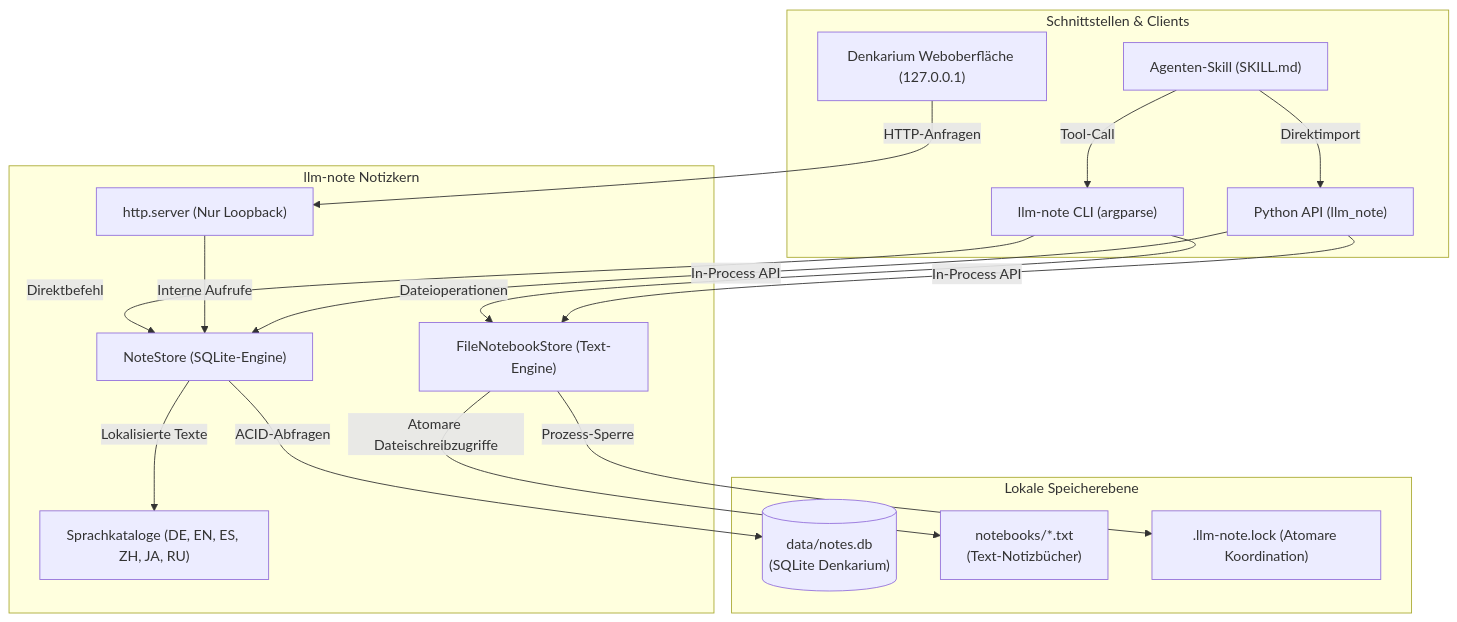
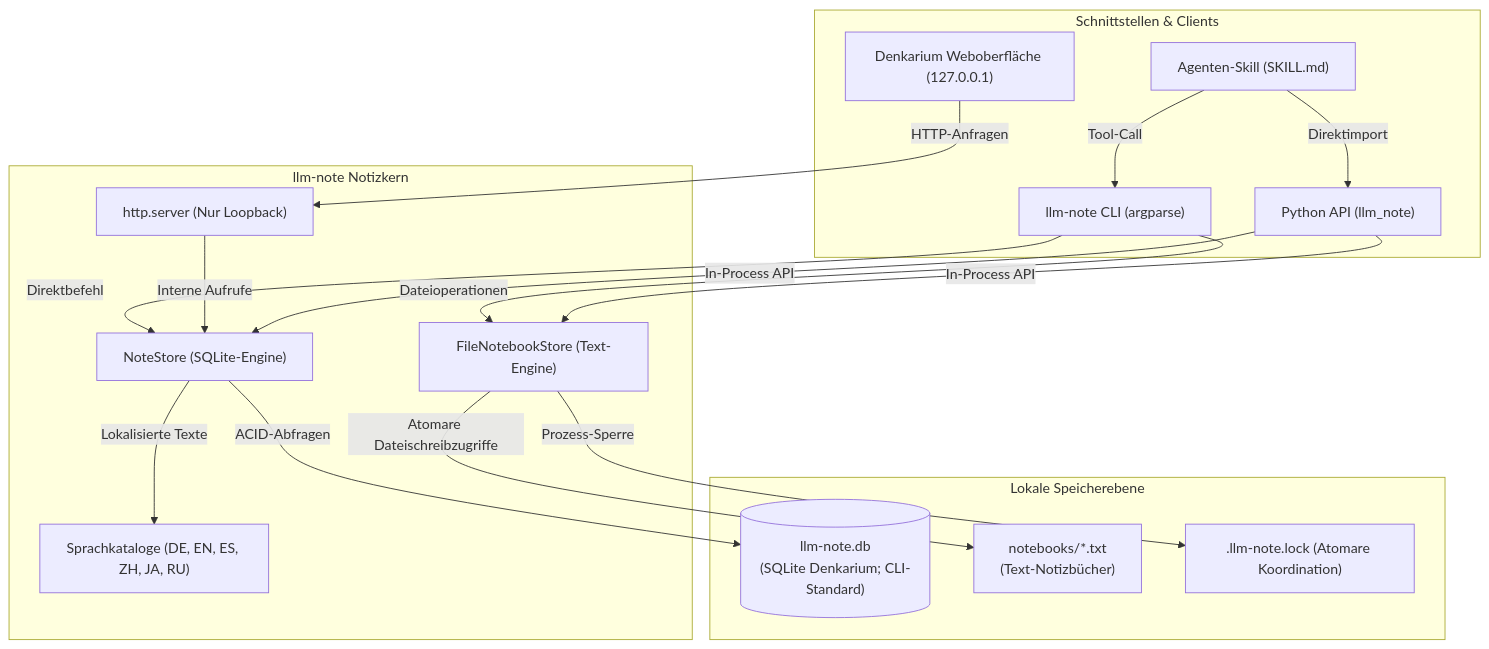
One commit to doc-bricks/llm-note changed the first of 2 diagrams in README_de.md. Above: the diagram before and after it, drawn with Mermaid. The commit also changed other lines of this file and 14 other files, not shown here.

````diff
--- a/README_de.md
+++ b/README_de.md
@@ -99,36 +94,36 @@
 ```mermaid
 graph TD
     subgraph Clients["Schnittstellen & Clients"]
         CLI["llm-note CLI (argparse)"]
         GUI["Denkarium Weboberfläche (127.0.0.1)"]
         PyAPI["Python API (llm_note)"]
         Skill["Agenten-Skill (SKILL.md)"]
     end
 
     subgraph CoreEngine["llm-note Notizkern"]
         NoteStore["NoteStore (SQLite-Engine)"]
         FileStore["FileNotebookStore (Text-Engine)"]
         HTTP["http.server (Nur Loopback)"]
         I18N["Sprachkataloge (DE, EN, ES, ZH, JA, RU)"]
     end
 
     subgraph LocalStorage["Lokale Speicherebene"]
-        DB[("data/notes.db<br/>(SQLite Denkarium)")]
+        DB[("llm-note.db<br/>(SQLite Denkarium; CLI-Standard)")]
         Notebooks["notebooks/*.txt<br/>(Text-Notizbücher)"]
         LockFile[".llm-note.lock (Atomare Koordination)"]
     end
 
     CLI -->|"Direktbefehl"| NoteStore
     CLI -->|"Dateioperationen"| FileStore
     GUI -->|"HTTP-Anfragen"| HTTP
     HTTP -->|"Interne Aufrufe"| NoteStore
     PyAPI -->|"In-Process API"| NoteStore
     PyAPI -->|"In-Process API"| FileStore
     Skill -->|"Tool-Call"| CLI
     Skill -->|"Direktimport"| PyAPI
 
     NoteStore -->|"ACID-Abfragen"| DB
     NoteStore -->|"Lokalisierte Texte"| I18N
     FileStore -->|"Atomare Dateischreibzugriffe"| Notebooks
     FileStore -->|"Prozess-Sperre"| LockFile
 ```
````
